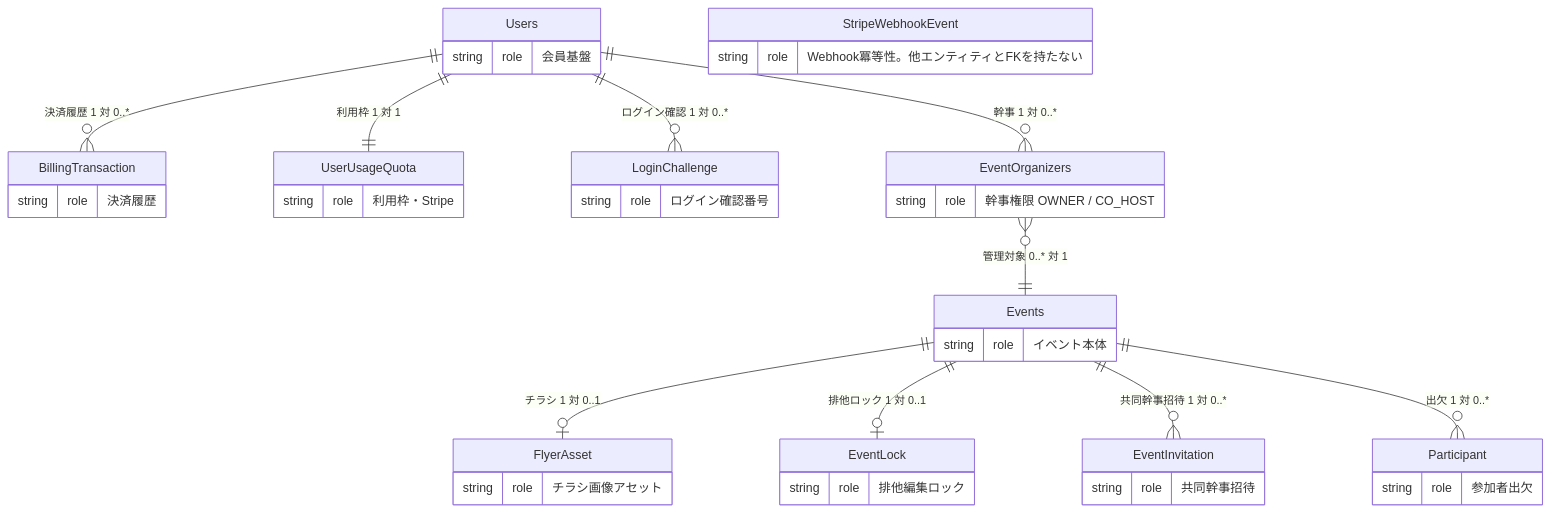
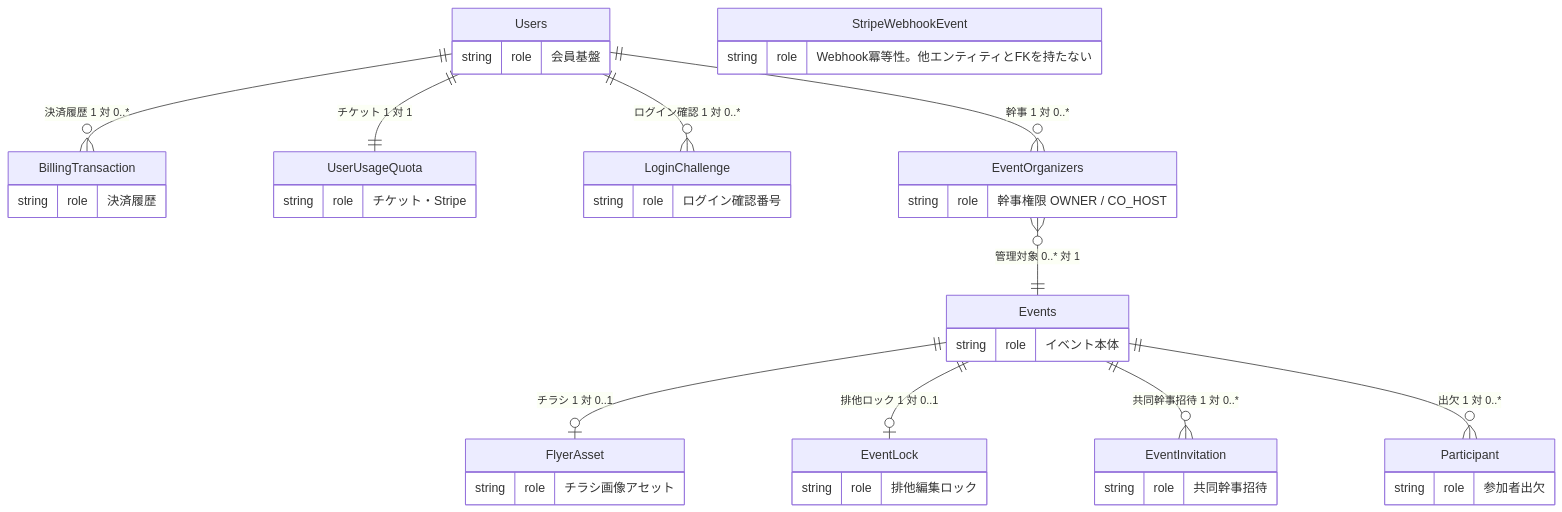
One commit to HirofumiSato/EventKreater changed the diagram in docs/DBschema.md. Above: the diagram before and after it, drawn with Mermaid. The commit also changed other lines of this file and 105 other files, not shown here.

````diff
--- a/docs/DBschema.md
+++ b/docs/DBschema.md
@@ -45,45 +45,45 @@
 ```mermaid
 erDiagram
     Users ||--o{ BillingTransaction : "決済履歴 1 対 0..*"
-    Users ||--|| UserUsageQuota : "利用枠 1 対 1"
+    Users ||--|| UserUsageQuota : "チケット 1 対 1"
     Users ||--o{ LoginChallenge : "ログイン確認 1 対 0..*"
     Users ||--o{ EventOrganizers : "幹事 1 対 0..*"
     EventOrganizers }o--|| Events : "管理対象 0..* 対 1"
     Events ||--o| FlyerAsset : "チラシ 1 対 0..1"
     Events ||--o| EventLock : "排他ロック 1 対 0..1"
     Events ||--o{ EventInvitation : "共同幹事招待 1 対 0..*"
     Events ||--o{ Participant : "出欠 1 対 0..*"
     Users {
         string role "会員基盤"
     }
     BillingTransaction {
         string role "決済履歴"
     }
     UserUsageQuota {
-        string role "利用枠・Stripe"
+        string role "チケット・Stripe"
     }
     EventOrganizers {
         string role "幹事権限 OWNER / CO_HOST"
     }
     Events {
         string role "イベント本体"
     }
     FlyerAsset {
         string role "チラシ画像アセット"
     }
     EventLock {
         string role "排他編集ロック"
     }
     EventInvitation {
         string role "共同幹事招待"
     }
     Participant {
         string role "参加者出欠"
     }
     LoginChallenge {
         string role "ログイン確認番号"
     }
     StripeWebhookEvent {
         string role "Webhook冪等性。他エンティティとFKを持たない"
     }
 ```
````
